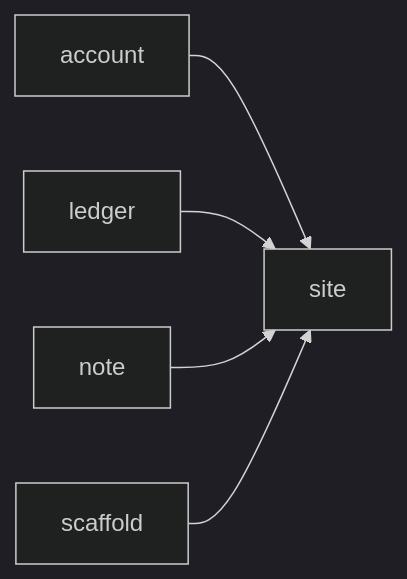
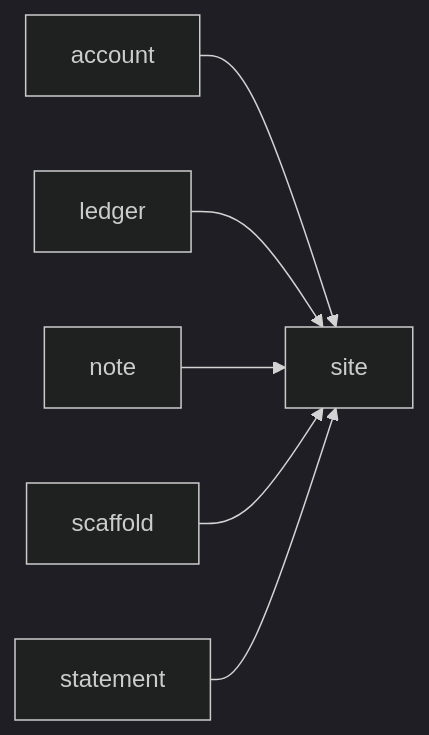
Before and after one commit to Ignibyte/aic-nextgen: the diagram in docs/wiki/README.md, drawn with Mermaid (dark theme). The commit also changed other lines of this file and 67 other files, not shown here.

````diff
--- a/docs/wiki/README.md
+++ b/docs/wiki/README.md
@@ -51,8 +52,9 @@
 ```mermaid
 graph LR
     site
     account --> site
     ledger --> site
     note --> site
     scaffold --> site
+    statement --> site
 ```
````
